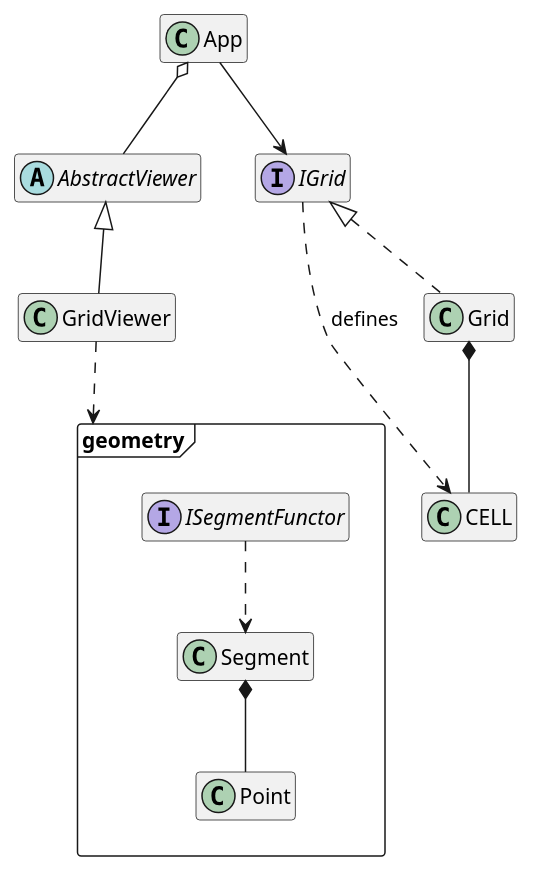
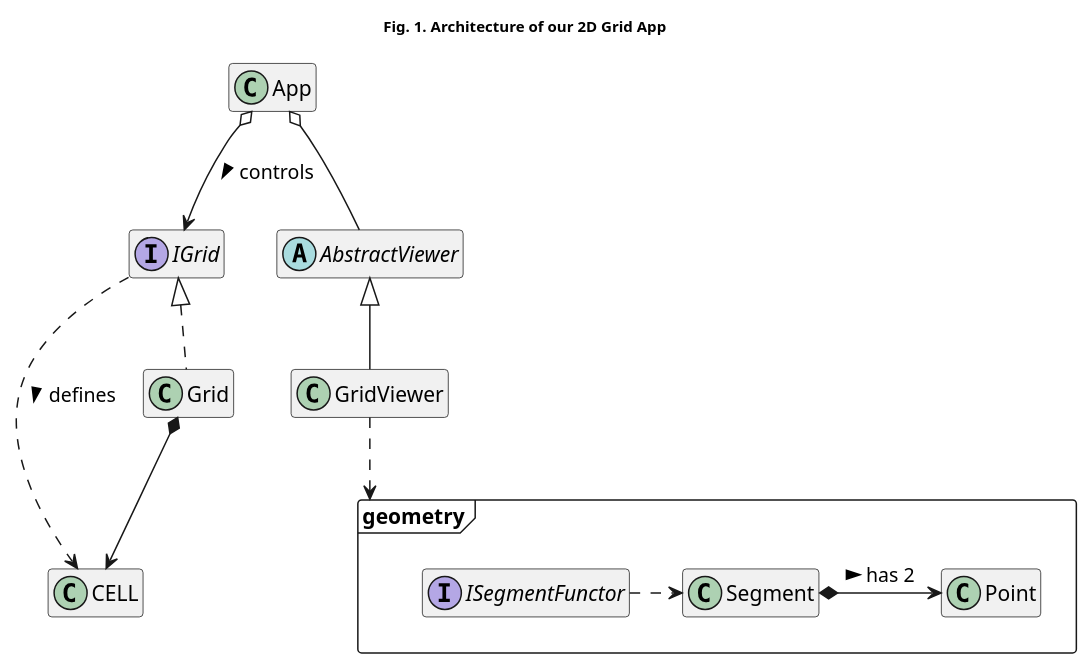
Before and after one commit to kanmeugne/kanmeugne.github.io: the first of 5 diagrams in _posts/modsim/2020-09-29-sfml-2d-grid.md, drawn with PlantUML. The commit also changed other lines of this file and 2 other files, not shown here.

Commit message:
improve graphics and article structure

```diff
--- a/_posts/modsim/2020-09-29-sfml-2d-grid.md
+++ b/_posts/modsim/2020-09-29-sfml-2d-grid.md
@@ -27,76 +25,74 @@
 {% plantuml %}
-
 @startuml
+title: <size:10> Fig. 1. Architecture of our 2D Grid App </size>
 package geometry <<Frame>>
 {
     class Point {
         + int x
         + int y
     }
     class Segment {
         + Point init
         + Point end
     }
     interface ISegmentFunctor {
         + virtual void operator(const Segment&)
     }
 }
 abstract class AbstractViewer {
     + virtual void iActivate()
     + virtual void iDeactivate()
     + virtual void iIsActive() const
     + virtual void iSetApp(App*)
     + virtual void iDisplay();
     # {abstract} virtual void iDraw()
     # bool _active = false
 }
 class App {
     + {static} const int DEFAULT_HEIGHT
     + {static} const int DEFAULT_WIDTH
     + {static} const int DEFAULT_RESX
     + {static} const int DEFAULT_RESY
     + void run()
     + void display()
 }
 class CELL {
     + int id
     + int state
 }
 class GridViewer extends AbstractViewer {
     - void drawLines(geometry::ISegmentFunctor&)
     + void initialize()
     # void iDraw()
 }
 interface IGrid {
     + virtual bool iInitialize() const
     + virtual int iGetSizeX() const
     + virtual int iGetSizeY() const
     + virtual int iGetResolutionX() const
     + virtual int iGetResolutionY() const
     + virtual int iGetNumberOfCells() const
     + virtual bool iGetCellPosition(CELL, int&, int&) const
     + virtual bool iGetCellCoordinates(CELL, int&, int&) const
     + virtual bool iGetCellNumber(int, int, CELL&) const
     + virtual bool iGetContainingCell(int, int, CELL&) const
     + virtual bool iIsWithinCell(int, int, CELL) const
-    + virtual bool iAddObstacle(const CELL) const
-    + virtual bool iIsObstacle(const CELL) const
 }
 class Grid implements IGrid {
     - int resx
     - int resy
     - int sizex
     - int sizey
 }
-IGrid ..> CELL : defines
-Grid *-- CELL
-App --> IGrid
+IGrid .> CELL : defines >
+Grid *--> CELL
+App o--> IGrid : controls >
 App o-- AbstractViewer
-Segment *-- Point
-ISegmentFunctor ..> Segment
+Segment *-> Point : has 2 >
+ISegmentFunctor .> Segment
 GridViewer ..> geometry
 
 hide members
 @enduml
 
 {% endplantuml %}
```
